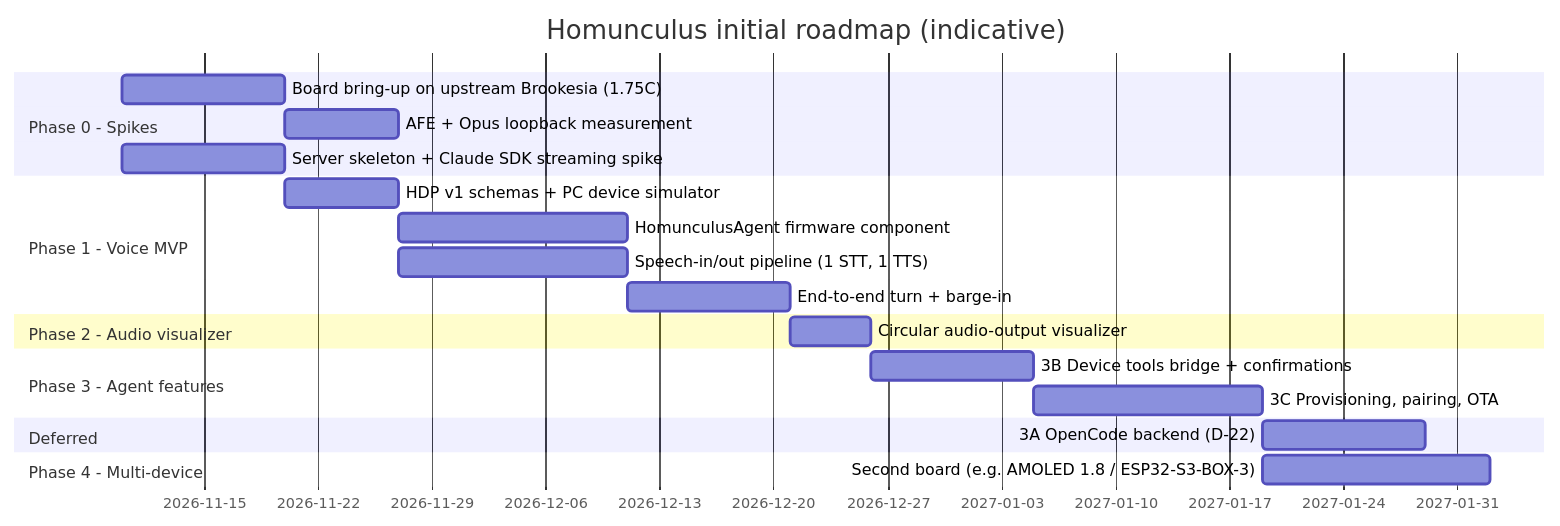
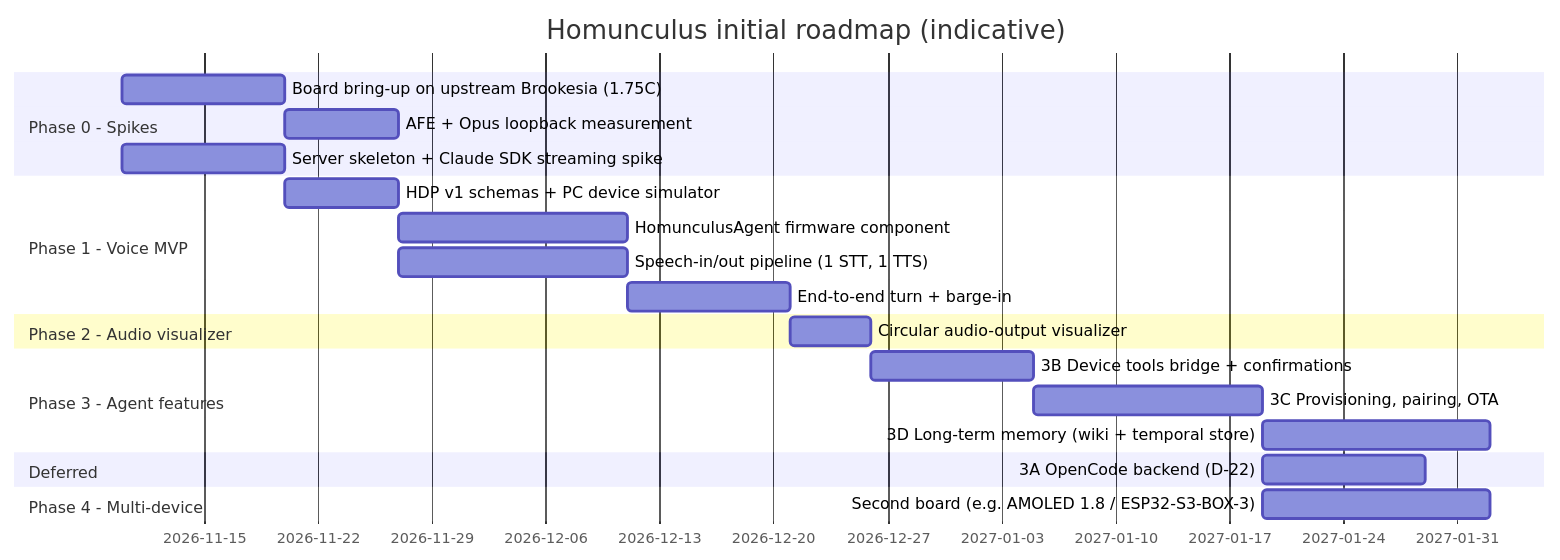
One commit to 0x1d/crucible changed the diagram in docs/specification/08-roadmap-and-open-items.md. Above: the diagram before and after it, drawn with Mermaid. The commit also changed other lines of this file and 4 other files, not shown here.

Commit message:
docs(spec): long-term memory (Phase 3D): markdown wiki + minigraf temporal store + librarian (D-23)

````diff
--- a/docs/specification/08-roadmap-and-open-items.md
+++ b/docs/specification/08-roadmap-and-open-items.md
@@ -37,23 +38,24 @@
 ```mermaid
 gantt
     dateFormat  YYYY-MM-DD
     title Homunculus initial roadmap (indicative)
     section Phase 0 - Spikes
     Board bring-up on upstream Brookesia (1.75C)   :p0a, 2026-11-10, 10d
     AFE + Opus loopback measurement                :p0b, after p0a, 7d
     Server skeleton + Claude SDK streaming spike   :p0c, 2026-11-10, 10d
     section Phase 1 - Voice MVP
     HDP v1 schemas + PC device simulator           :p1a, after p0c, 7d
     HomunculusAgent firmware component             :p1b, after p0b, 14d
     Speech-in/out pipeline (1 STT, 1 TTS)          :p1c, after p1a, 14d
     End-to-end turn + barge-in                     :p1d, after p1b, 10d
     section Phase 2 - Audio visualizer
     Circular audio-output visualizer               :p2a, after p1d, 5d
     section Phase 3 - Agent features
     3B Device tools bridge + confirmations         :p3b, after p2a, 10d
     3C Provisioning, pairing, OTA                  :p3c, after p3b, 14d
+    3D Long-term memory (wiki + temporal store)    :p3d, after p3c, 14d
     section Deferred
     3A OpenCode backend (D-22)                     :p3a, after p3c, 10d
     section Phase 4 - Multi-device
     Second board (e.g. AMOLED 1.8 / ESP32-S3-BOX-3) :p4a, after p3c, 14d
 ```
````
